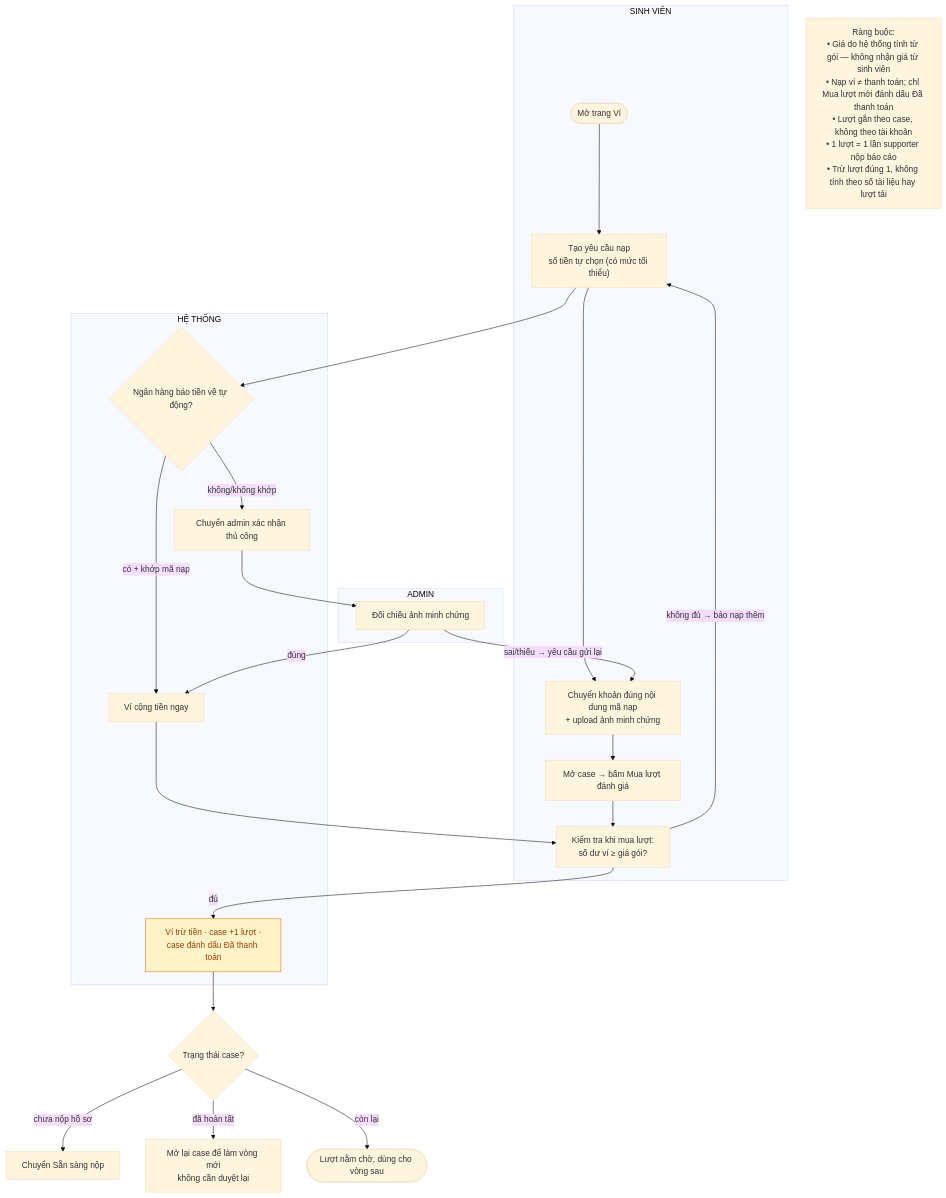
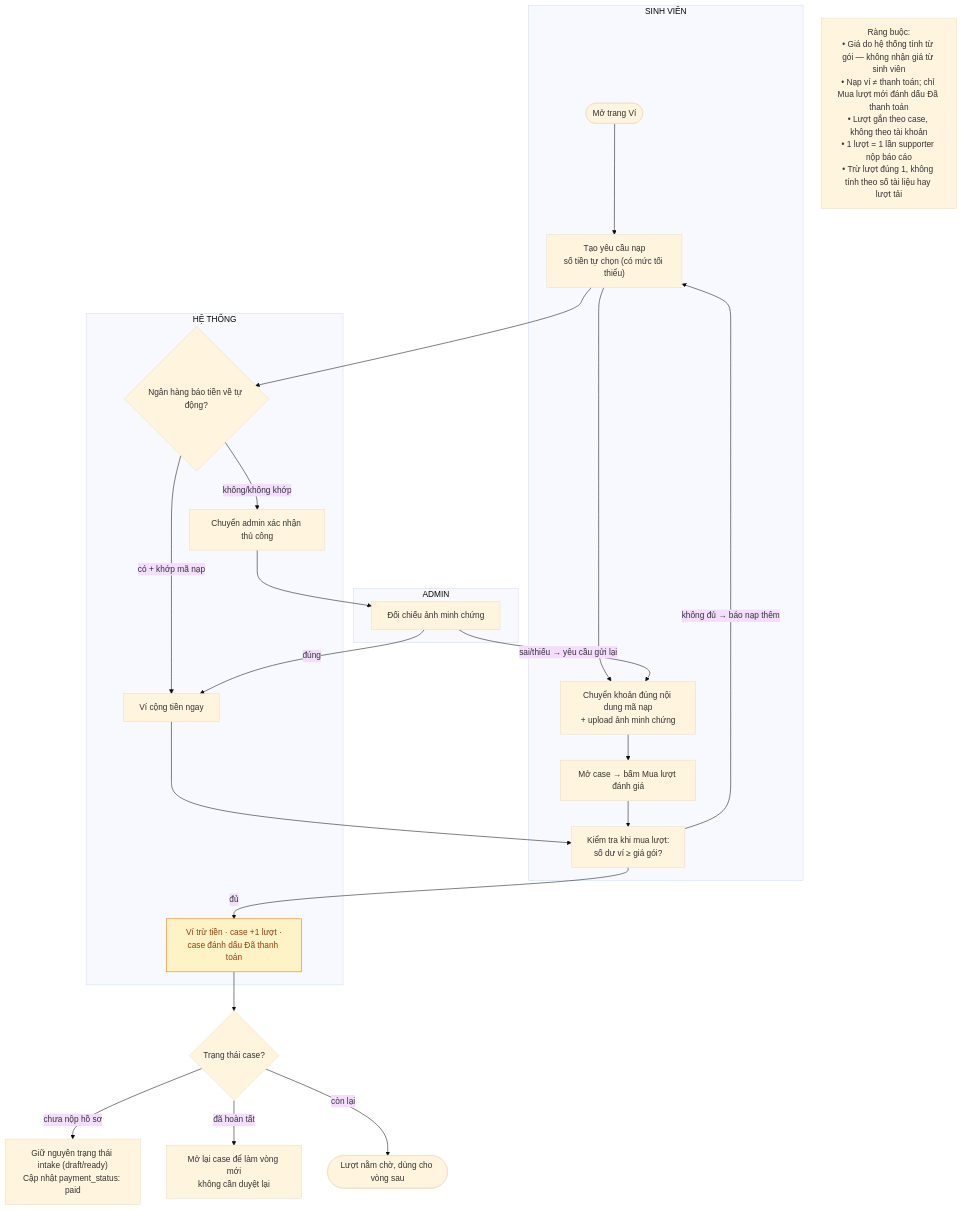
The diagram in docs/flows/payment-verification-flow.md (NEXUS-FOR-STARTUP/nexus-platform), drawn with Mermaid (base theme) before and after one commit. The commit also changed 2 other files, not shown here.

Commit message:
docs(flows): align mermaid diagrams with ga-02 and update review progress

````diff
--- a/docs/flows/payment-verification-flow.md
+++ b/docs/flows/payment-verification-flow.md
@@ -30,29 +30,29 @@
 ```mermaid
 flowchart TD
     subgraph SV["SINH VIÊN"]
         A(["Mở trang Ví"]) --> B["Tạo yêu cầu nạp<br/>số tiền tự chọn (có mức tối thiểu)"]
         B --> C["Chuyển khoản đúng nội dung mã nạp<br/>+ upload ảnh minh chứng"]
         C --> D["Mở case → bấm Mua lượt đánh giá"]
         D --> I
     end
     subgraph HT["HỆ THỐNG"]
         B --> E{"Ngân hàng báo tiền về tự động?"}
         E -- "có + khớp mã nạp" --> F["Ví cộng tiền ngay"]
         E -- "không/không khớp" --> G["Chuyển admin xác nhận thủ công"]
         F --> I["Kiểm tra khi mua lượt:<br/>số dư ví ≥ giá gói?"]
         I -- "không đủ → báo nạp thêm" --> B
         I -- "đủ" --> J["Ví trừ tiền · case +1 lượt ·<br/>case đánh dấu Đã thanh toán"]
     end
     subgraph ADM["ADMIN"]
         G --> H["Đối chiếu ảnh minh chứng"]
         H -- "đúng" --> F
         H -- "sai/thiếu → yêu cầu gửi lại" --> C
     end
     J --> K{"Trạng thái case?"}
-    K -- "chưa nộp hồ sơ" --> L["Chuyển Sẵn sàng nộp"]
+    K -- "chưa nộp hồ sơ" --> L["Giữ nguyên trạng thái intake (draft/ready)<br/>Cập nhật payment_status: paid"]
     K -- "đã hoàn tất" --> M["Mở lại case để làm vòng mới<br/>không cần duyệt lại"]
     K -- "còn lại" --> N(["Lượt nằm chờ, dùng cho vòng sau"])
     RULES["Ràng buộc:<br/>• Giá do hệ thống tính từ gói — không nhận giá từ sinh viên<br/>• Nạp ví ≠ thanh toán; chỉ Mua lượt mới đánh dấu Đã thanh toán<br/>• Lượt gắn theo case, không theo tài khoản<br/>• 1 lượt = 1 lần supporter nộp báo cáo<br/>• Trừ lượt đúng 1, không tính theo số tài liệu hay lượt tải"]
     classDef warn fill:#FEF3C7,stroke:#D97706,color:#92400E
     class J warn
 ```
````
